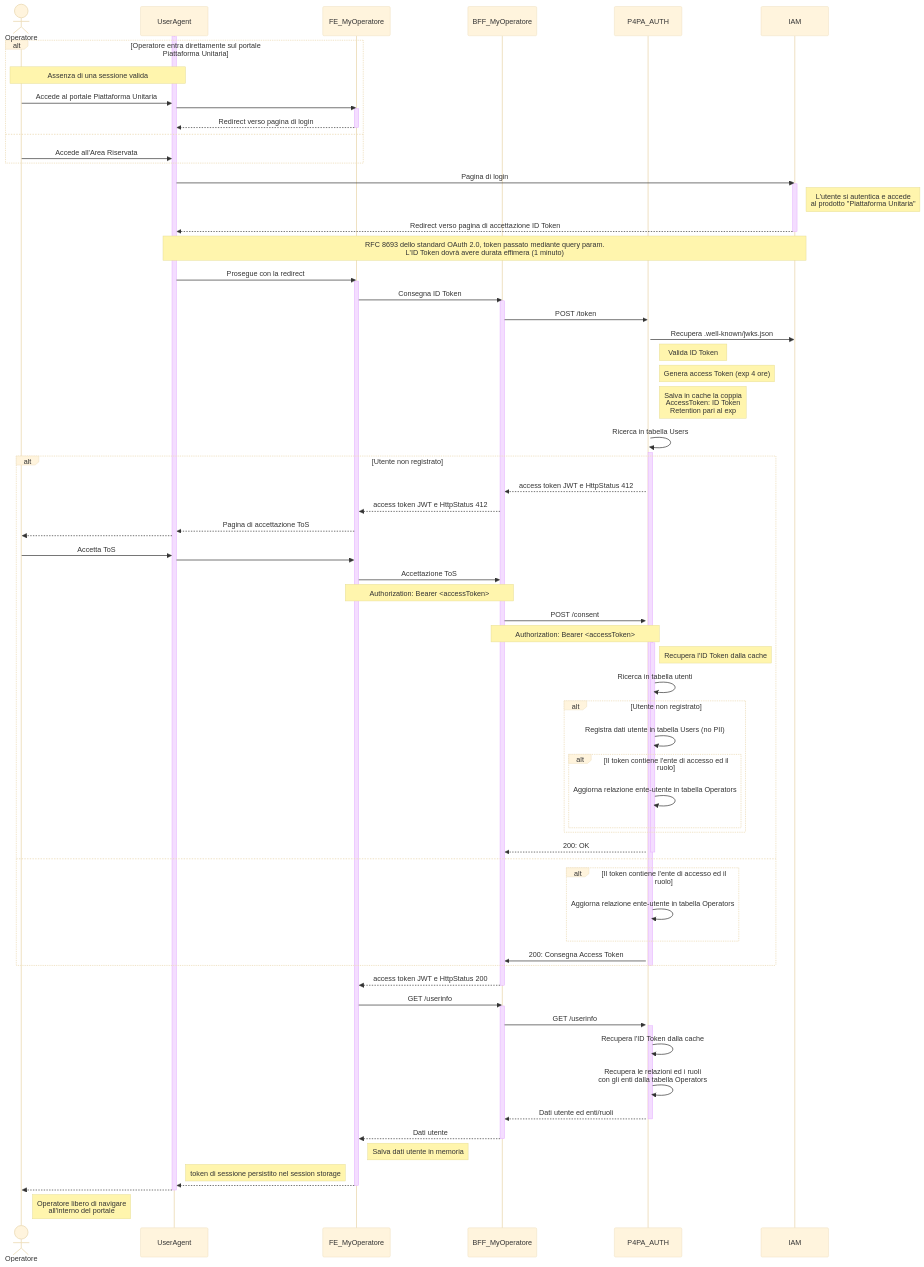
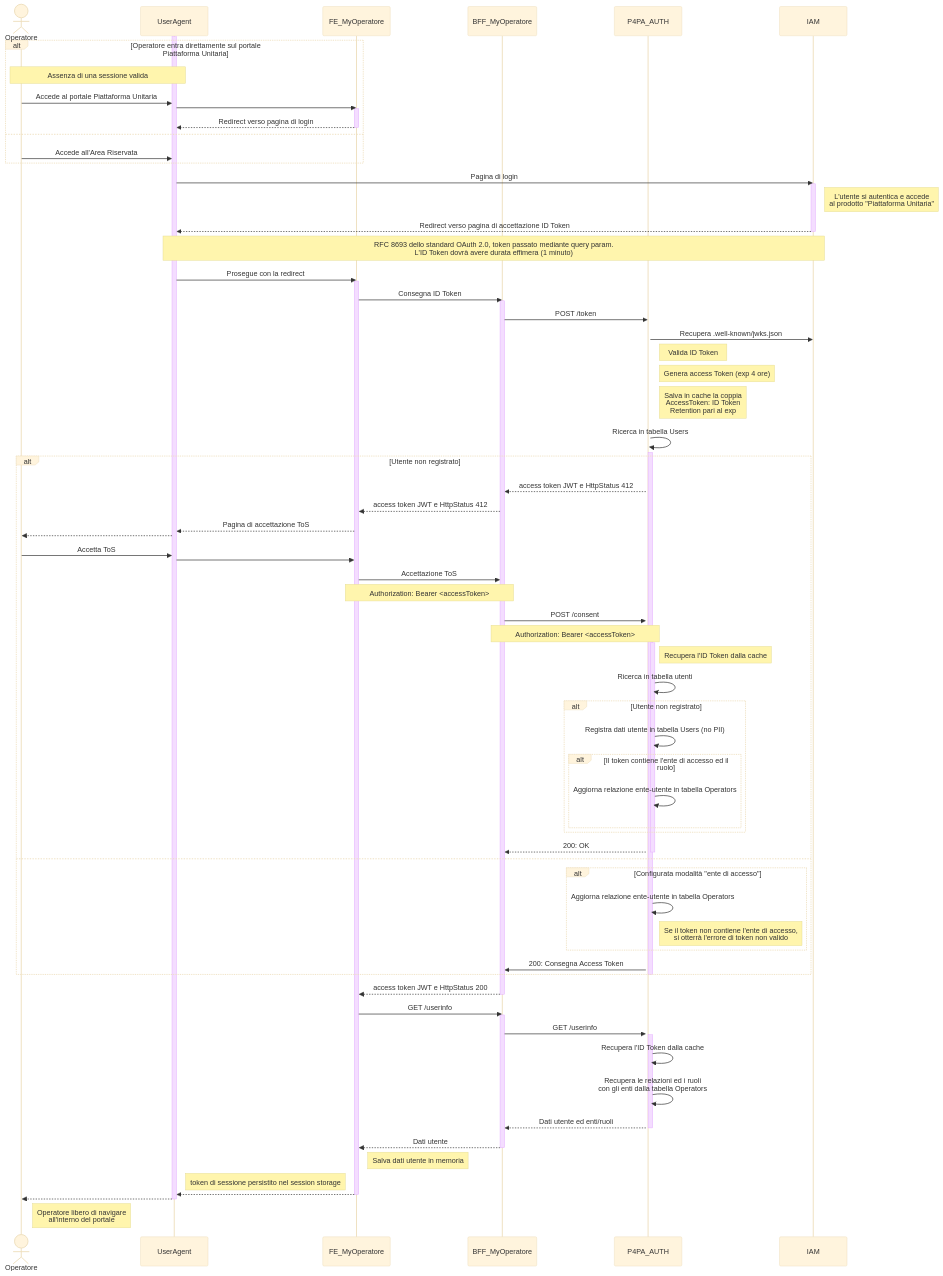
The diagram in design/auth/sequence_auth.mmd (pagopa/p4pa-doc), drawn with Mermaid (base theme) before and after one commit. The commit also changed 5 other files, not shown here.

```diff
--- a/design/auth/sequence_auth.mmd
+++ b/design/auth/sequence_auth.mmd
@@ -1,95 +1,96 @@
 sequenceDiagram
     actor Operatore
     participant UserAgent
     participant FE as FE_MyOperatore
     participant BFF as BFF_MyOperatore
     participant AUTH as P4PA_AUTH
     participant IAM
 
     activate UserAgent
         alt Operatore entra direttamente sul portale Piattaforma Unitaria
             note over Operatore, UserAgent: Assenza di una sessione valida
             Operatore ->> UserAgent: Accede al portale Piattaforma Unitaria
 
             UserAgent ->> FE: #
             activate FE
                 FE -->> UserAgent: Redirect verso pagina di login
             deactivate FE
         else
             Operatore ->> UserAgent: Accede all'Area Riservata
         end
 
         UserAgent ->> IAM: Pagina di login
         activate IAM
             note right of IAM: L'utente si autentica e accede<br />al prodotto "Piattaforma Unitaria"
             IAM -->> UserAgent: Redirect verso pagina di accettazione ID Token
         deactivate IAM
         note over UserAgent, IAM: RFC 8693 dello standard OAuth 2.0, token passato mediante query param.<BR />L'ID Token dovrà avere durata effimera (1 minuto)
 
         UserAgent ->> FE: Prosegue con la redirect
         activate FE
             FE ->> BFF: Consegna ID Token
             activate BFF
                 BFF ->> AUTH: POST /token
                 activate AUTH
                     AUTH ->> IAM: Recupera .well-known/jwks.json
                     note right of AUTH: Valida ID Token
                     note right of AUTH: Genera access Token (exp 4 ore)
                     note right of AUTH: Salva in cache la coppia<BR />AccessToken: ID Token<BR />Retention pari al exp
                     AUTH ->> AUTH: Ricerca in tabella Users
                     activate AUTH
                         alt Utente non registrato
                             AUTH -->> BFF: access token JWT e HttpStatus 412
                             BFF -->> FE: access token JWT e HttpStatus 412
                             FE -->> UserAgent: Pagina di accettazione ToS
                             UserAgent -->> Operatore: #
                             Operatore ->> UserAgent: Accetta ToS
                             UserAgent ->> FE: #
                             FE ->> BFF: Accettazione ToS
                             note over FE, BFF: Authorization: Bearer <accessToken>
                             BFF ->> AUTH: POST /consent
                             note over BFF, AUTH: Authorization: Bearer <accessToken>
                             activate AUTH
                                 note right of AUTH: Recupera l'ID Token dalla cache
                                 AUTH ->> AUTH: Ricerca in tabella utenti
 
                                 alt Utente non registrato
                                     AUTH ->> AUTH: Registra dati utente in tabella Users (no PII)
                                     alt Il token contiene l'ente di accesso ed il ruolo
                                         AUTH ->> AUTH: Aggiorna relazione ente-utente in tabella Operators
                                     end
                                 end
 
                                 AUTH -->> BFF: 200: OK
                             deactivate AUTH
                         else
-                            alt Il token contiene l'ente di accesso ed il ruolo
+                            alt Configurata modalità "ente di accesso"
                                 AUTH ->> AUTH: Aggiorna relazione ente-utente in tabella Operators
+                                note right of AUTH: Se il token non contiene l'ente di accesso,<BR />si otterrà l'errore di token non valido
                             end
                             AUTH ->> BFF: 200: Consegna Access Token
                         end
 
                     deactivate AUTH
                 BFF -->> FE: access token JWT e HttpStatus 200
             deactivate BFF
 
             FE ->> BFF: GET /userinfo
             activate BFF
                 BFF ->> AUTH: GET /userinfo
                 activate AUTH
                     AUTH ->> AUTH: Recupera l'ID Token dalla cache
                     AUTH ->> AUTH: Recupera le relazioni ed i ruoli<BR />con gli enti dalla tabella Operators
                     AUTH -->> BFF: Dati utente ed enti/ruoli
                 deactivate AUTH
             BFF -->> FE: Dati utente
             deactivate BFF
             note right of FE: Salva dati utente in memoria
 
             note right of UserAgent: token di sessione persistito nel session storage
             FE -->> UserAgent: #
         deactivate FE
 
         UserAgent -->> Operatore: #
     deactivate UserAgent
 
     note right of Operatore: Operatore libero di navigare<BR />all'interno del portale
```
